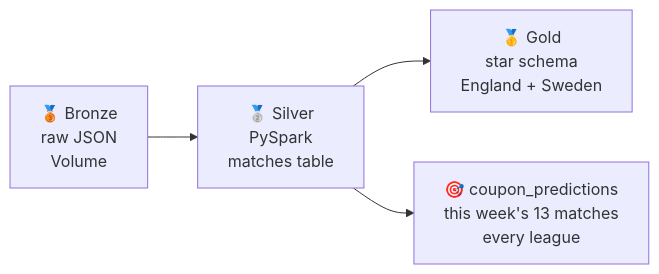
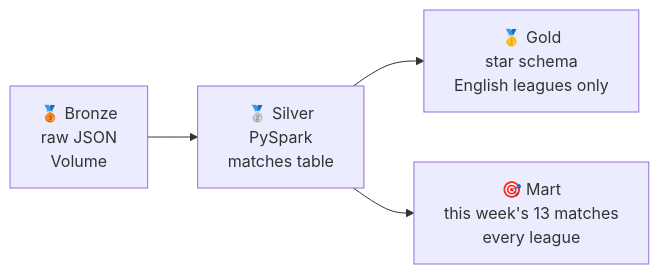
One commit to adamwillner/stryktipset-project-databricks changed the first of 2 diagrams in README.md. Above: the diagram before and after it, drawn with Mermaid. The commit also changed other lines of this file and 1 other file, not shown here.

First line of the commit message:
Update both docs for English-only gold, surrogate keys and the mart

````diff
--- a/README.md
+++ b/README.md
@@ -7,6 +7,6 @@
 ```mermaid
 flowchart LR
     A["🥉 Bronze<br/>raw JSON<br/>Volume"] --> B["🥈 Silver<br/>PySpark<br/>matches table"]
-    B --> C["🥇 Gold<br/>star schema<br/>England + Sweden"]
-    B --> D["🎯 coupon_predictions<br/>this week's 13 matches<br/>every league"]
+    B --> C["🥇 Gold<br/>star schema<br/>English leagues only"]
+    B --> D["🎯 Mart<br/>this week's 13 matches<br/>every league"]
 ```
````
